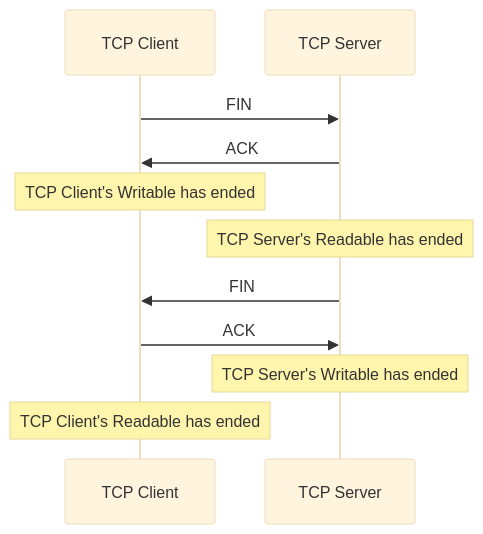
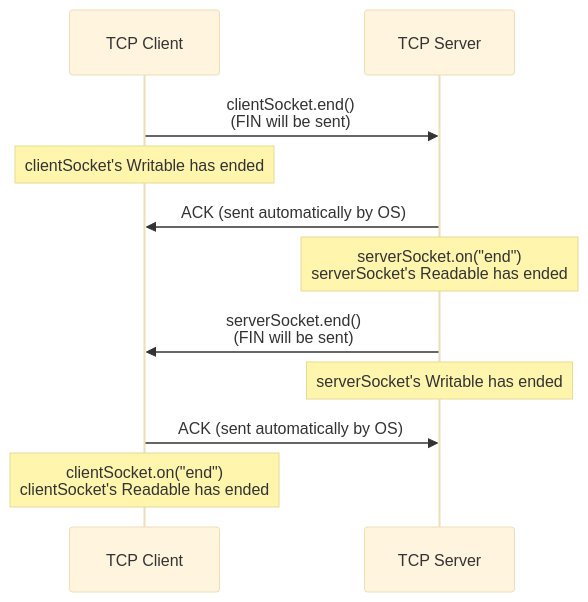
One commit to samuel871211/yusheng-tech-blog changed the third of 4 diagrams in docs/nodejs/socket.md. Above: the diagram before and after it, drawn with Mermaid (base theme). The commit also changed other lines of this file, not shown here.

Commit message:
feat: socket 0203 ing

````diff
--- a/docs/nodejs/socket.md
+++ b/docs/nodejs/socket.md
@@ -679,15 +680,15 @@
 ```mermaid
 sequenceDiagram
   participant TCP Client
   participant TCP Server
 
-  TCP Client ->> TCP Server: FIN
-  TCP Server ->> TCP Client: ACK
-  Note Over TCP Client: TCP Client's Writable has ended
-  Note Over TCP Server: TCP Server's Readable has ended
+  TCP Client ->> TCP Server: clientSocket.end()<br/>(FIN will be sent)
+  Note Over TCP Client: clientSocket's Writable has ended
+  TCP Server ->> TCP Client: ACK (sent automatically by OS)
+  Note Over TCP Server: serverSocket.on("end")<br/>serverSocket's Readable has ended
 
-  TCP Server ->> TCP Client: FIN
-  TCP Client ->> TCP Server: ACK
-  Note Over TCP Server: TCP Server's Writable has ended
-  Note Over TCP Client: TCP Client's Readable has ended
+  TCP Server ->> TCP Client: serverSocket.end()<br/>(FIN will be sent)
+  Note Over TCP Server: serverSocket's Writable has ended
+  TCP Client ->> TCP Server: ACK (sent automatically by OS)
+  Note Over TCP Client: clientSocket.on("end")<br/>clientSocket's Readable has ended
 ```
````
